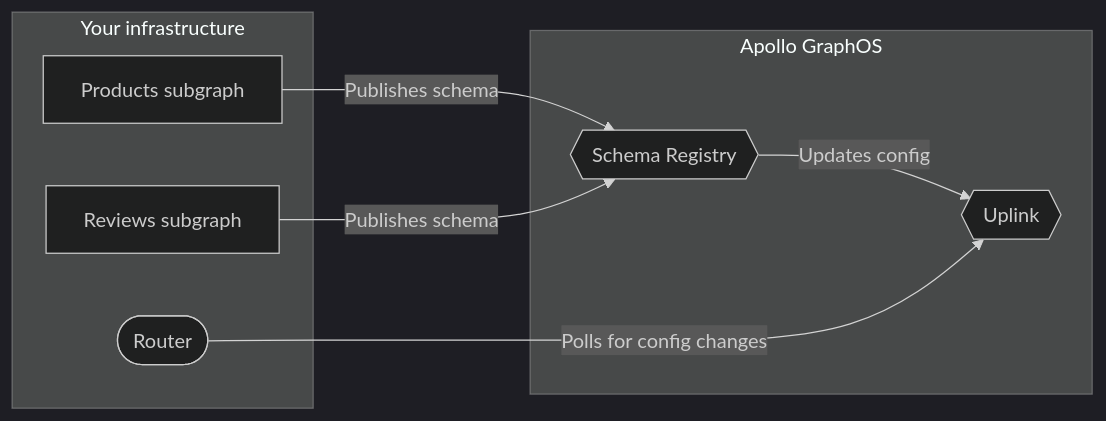
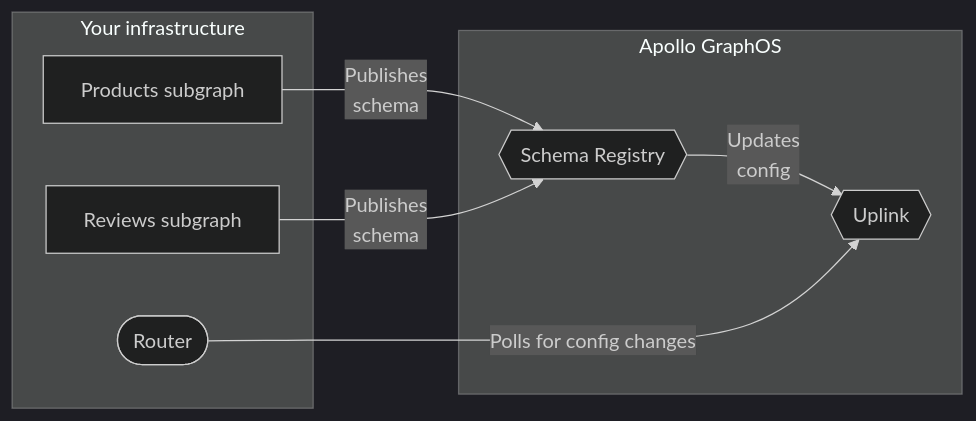
One commit to apollographql/federation changed the diagram in docs/source/managed-federation/overview.mdx. Above: the diagram before and after it, drawn with Mermaid (dark theme). The commit also changed 4 other files, not shown here.

````diff
--- a/docs/source/managed-federation/overview.mdx
+++ b/docs/source/managed-federation/overview.mdx
@@ -11,17 +11,17 @@
 ```mermaid
 graph LR;
   subgraph "Your infrastructure"
   serviceA[Products subgraph];
   serviceB[Reviews subgraph];
   router([Router]);
   end
   subgraph "Apollo GraphOS"
     registry{{Schema Registry}};
     uplink{{Uplink}}
   end
-  serviceA & serviceB -->|Publishes schema| registry;
-  registry -->|Updates config| uplink;
+  serviceA & serviceB -->|Publishes<br/>schema| registry;
+  registry -->|Updates<br/>config| uplink;
   router -->|Polls for config changes| uplink;
   class registry secondary;
   class uplink secondary;
 ```
````
